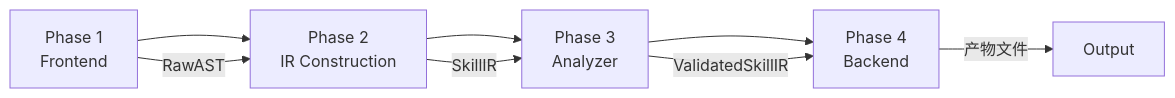
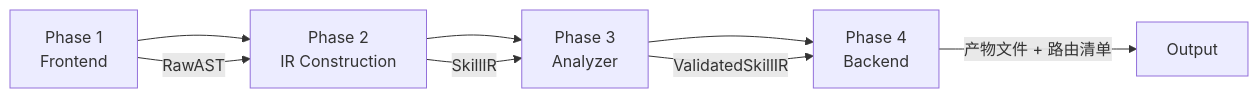
The first of 2 diagrams in docs/COMPILER_PIPELINE.md (Nexa-Language/Skill-Compiler), drawn with Mermaid before and after one commit. The commit also changed other lines of this file and 21 other files, not shown here.

First line of the commit message:
:recycle: refactor(codex): pure markdown output without JSON Schema

````diff
--- a/docs/COMPILER_PIPELINE.md
+++ b/docs/COMPILER_PIPELINE.md
@@ -11,11 +13,11 @@
 ```mermaid
 graph LR
     A[Phase 1<br/>Frontend] --> B[Phase 2<br/>IR Construction]
     B --> C[Phase 3<br/>Analyzer]
     C --> D[Phase 4<br/>Backend]
     
     A --> |RawAST| B
     B --> |SkillIR| C
     C --> |ValidatedSkillIR| D
-    D --> |产物文件| E[Output]
+    D --> |产物文件 + 路由清单| E[Output]
 ```
````
